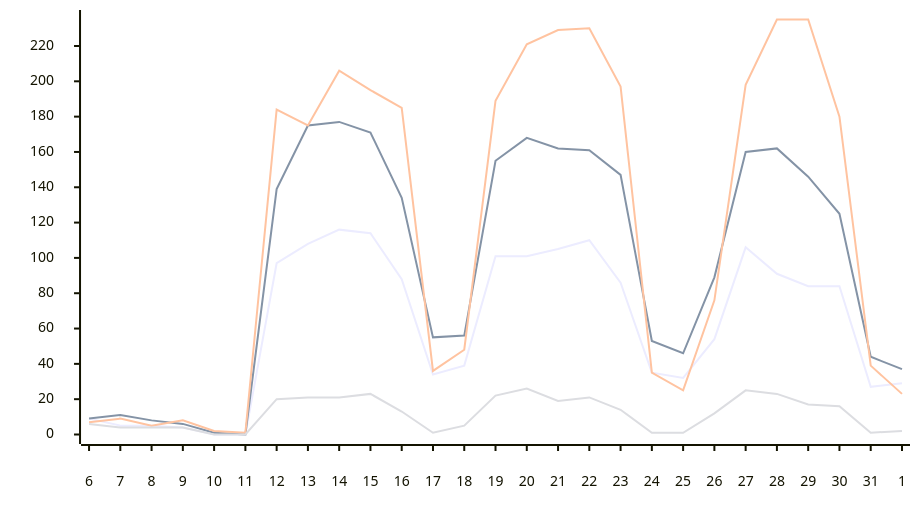
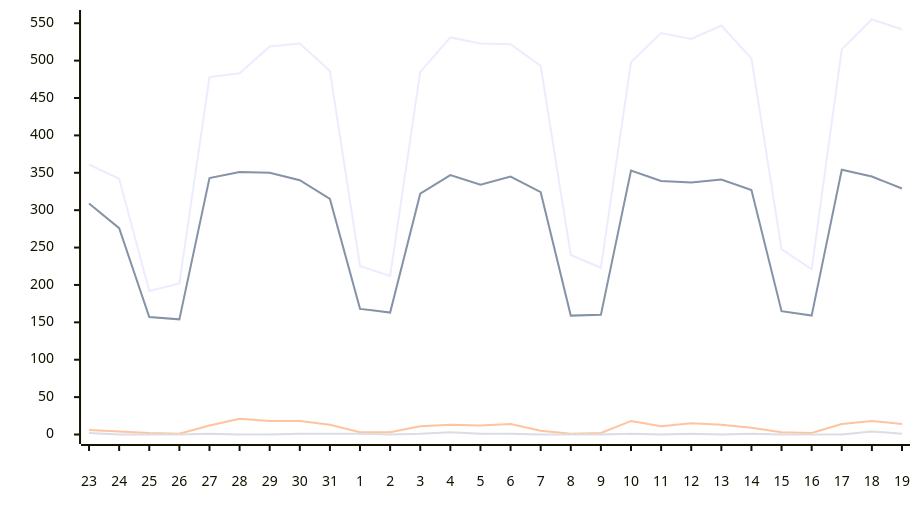
The second of 9 diagrams in __tests__/mock/sample-output.md (austenstone/copilot-usage), drawn with Mermaid before and after one commit. The commit also changed other lines of this file and 20 other files, not shown here.

````diff
--- a/__tests__/mock/sample-output.md
+++ b/__tests__/mock/sample-output.md
@@ -30,23 +30,23 @@
 ```mermaid
 ---
 config:
     xyChart:
         width: 900
         height: 500
         xAxis:
             labelPadding: 20
         yAxis:
             labelPadding: 20
     themeVariables:
         xyChart:
             backgroundColor: "transparent"
 ---
 xychart-beta
 
-  x-axis  [6, 7, 8, 9, 10, 11, 12, 13, 14, 15, 16, 17, 18, 19, 20, 21, 22, 23, 24, 25, 26, 27, 28, 29, 30, 31, 1]
-  y-axis  0 --> 235
-line  [9, 5, 5, 4, 0, 0, 97, 108, 116, 114, 88, 34, 39, 101, 101, 105, 110, 86, 35, 32, 54, 106, 91, 84, 84, 27, 29]
-line  [9, 11, 8, 6, 1, 0, 139, 175, 177, 171, 134, 55, 56, 155, 168, 162, 161, 147, 53, 46, 89, 160, 162, 146, 125, 44, 37]
-line  [7, 9, 5, 8, 2, 1, 184, 175, 206, 195, 185, 36, 48, 189, 221, 229, 230, 197, 35, 25, 76, 198, 235, 235, 180, 39, 23]
-line  [6, 4, 4, 4, 0, 0, 20, 21, 21, 23, 13, 1, 5, 22, 26, 19, 21, 14, 1, 1, 12, 25, 23, 17, 16, 1, 2]
+  x-axis  [23, 24, 25, 26, 27, 28, 29, 30, 31, 1, 2, 3, 4, 5, 6, 7, 8, 9, 10, 11, 12, 13, 14, 15, 16, 17, 18, 19]
+  y-axis  0 --> 555
+line  [361, 342, 192, 202, 478, 483, 519, 523, 486, 225, 212, 485, 531, 523, 522, 493, 240, 223, 498, 537, 529, 547, 503, 248, 221, 515, 555, 542]
+line  [309, 276, 157, 154, 343, 351, 350, 340, 315, 168, 163, 322, 347, 334, 345, 324, 159, 160, 353, 339, 337, 341, 327, 165, 159, 354, 345, 329]
+line  [6, 4, 2, 1, 12, 21, 18, 18, 13, 3, 3, 11, 13, 12, 14, 5, 1, 2, 18, 11, 15, 13, 9, 3, 2, 14, 18, 14]
+line  [2, 0, 0, 0, 1, 0, 0, 1, 1, 1, 0, 1, 3, 1, 1, 0, 0, 0, 1, 0, 1, 0, 1, 0, 0, 0, 4, 1]
 ```
````
